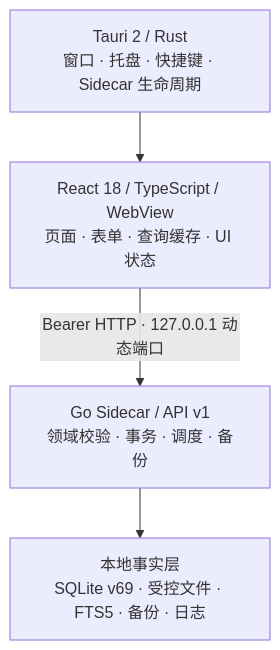
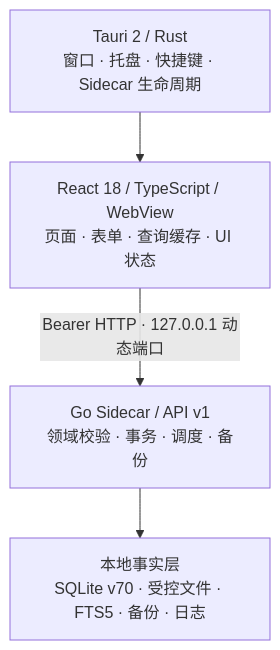
Before and after one commit to DingxinTao0417/opc-workspace: the diagram in README.md, drawn with Mermaid. The commit also changed other lines of this file and 86 other files, not shown here.

````diff
--- a/README.md
+++ b/README.md
@@ -128,11 +128,11 @@
 ```mermaid
 flowchart TB
     Desktop["Tauri 2 / Rust<br/>窗口 · 托盘 · 快捷键 · Sidecar 生命周期"]
     Web["React 18 / TypeScript / WebView<br/>页面 · 表单 · 查询缓存 · UI 状态"]
     API["Go Sidecar / API v1<br/>领域校验 · 事务 · 调度 · 备份"]
-    Data["本地事实层<br/>SQLite v69 · 受控文件 · FTS5 · 备份 · 日志"]
+    Data["本地事实层<br/>SQLite v70 · 受控文件 · FTS5 · 备份 · 日志"]
 
     Desktop --> Web
     Web -->|"Bearer HTTP · 127.0.0.1 动态端口"| API
     API --> Data
 ```
````
